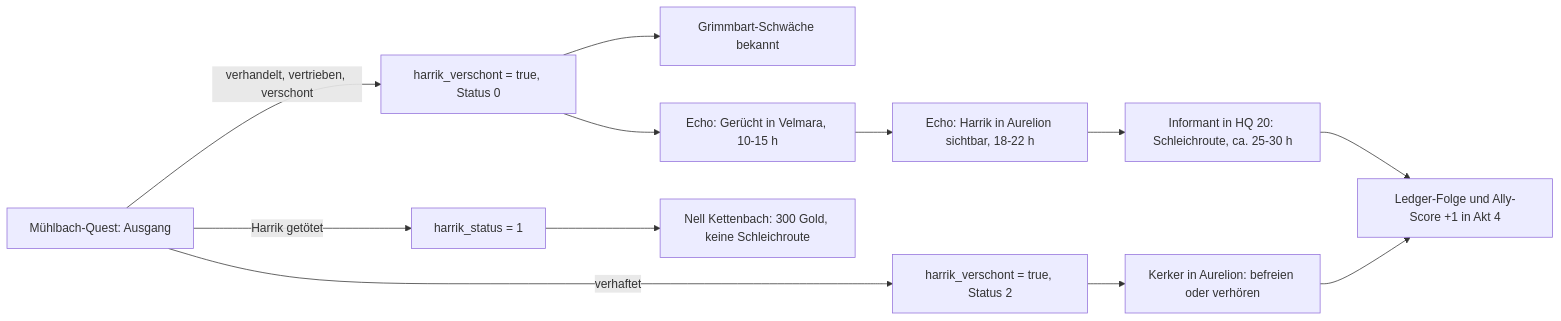
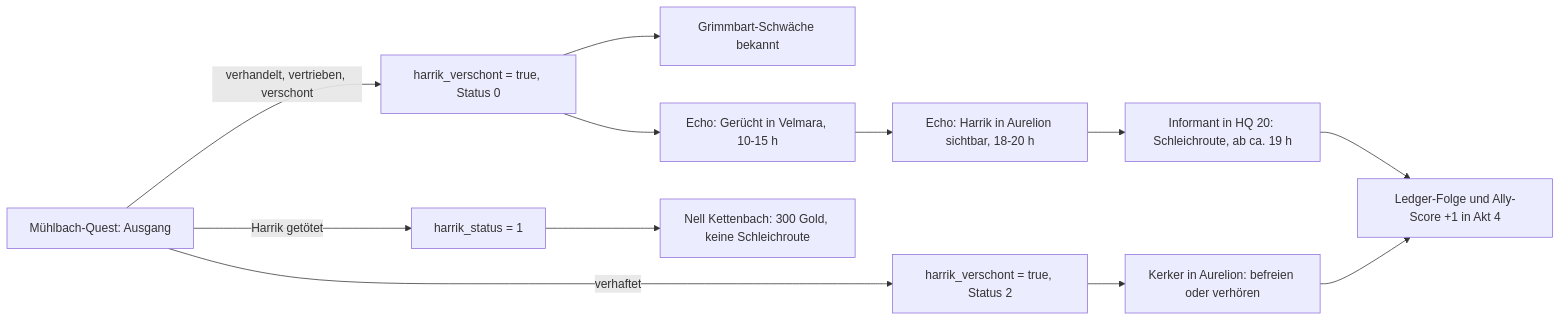
One commit to porcherliam-glitch/liam changed the second of 5 diagrams in docs/GDD/02_Quests_und_Dialoge.md. Above: the diagram before and after it, drawn with Mermaid. The commit also changed other lines of this file and 5 other files, not shown here.

````diff
--- a/docs/GDD/02_Quests_und_Dialoge.md
+++ b/docs/GDD/02_Quests_und_Dialoge.md
@@ -582,14 +584,14 @@
 ```mermaid
 flowchart LR
   A["Mühlbach-Quest: Ausgang"] -->|"Harrik getötet"| X["harrik_status = 1"]
   A -->|"verhandelt, vertrieben, verschont"| B["harrik_verschont = true, Status 0"]
   A -->|"verhaftet"| C["harrik_verschont = true, Status 2"]
   B --> D["Grimmbart-Schwäche bekannt"]
   B --> E["Echo: Gerücht in Velmara, 10-15 h"]
-  E --> F["Echo: Harrik in Aurelion sichtbar, 18-22 h"]
-  F --> G["Informant in HQ 20: Schleichroute, ca. 25-30 h"]
+  E --> F["Echo: Harrik in Aurelion sichtbar, 18-20 h"]
+  F --> G["Informant in HQ 20: Schleichroute, ab ca. 19 h"]
   C --> H["Kerker in Aurelion: befreien oder verhören"]
   X --> I["Nell Kettenbach: 300 Gold, keine Schleichroute"]
   G --> L["Ledger-Folge und Ally-Score +1 in Akt 4"]
   H --> L
 ```
````
